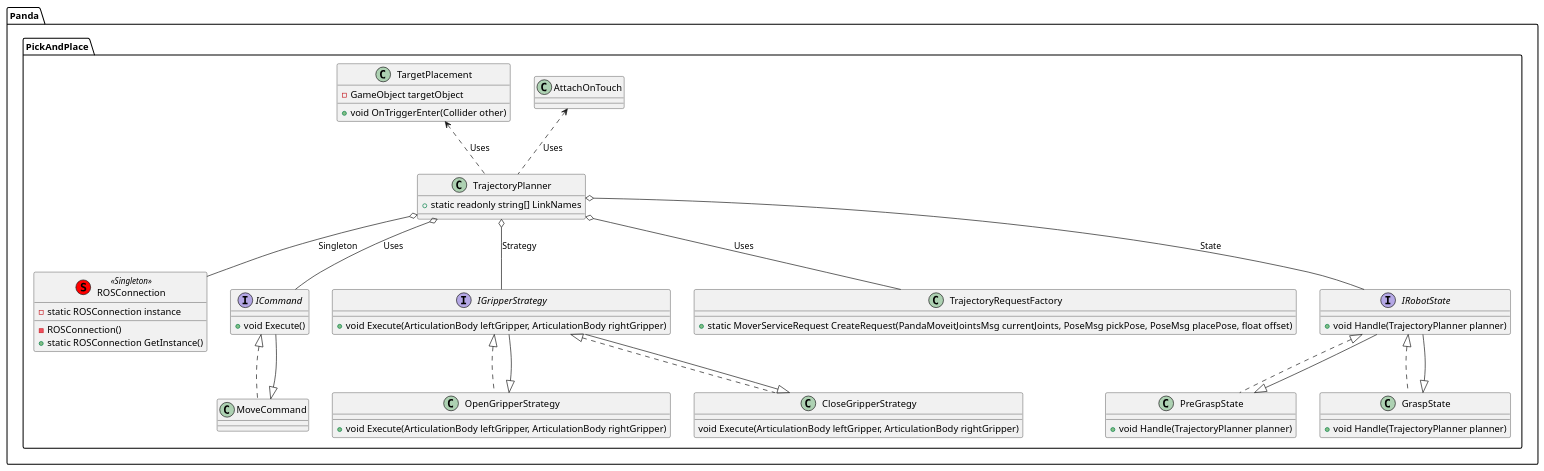
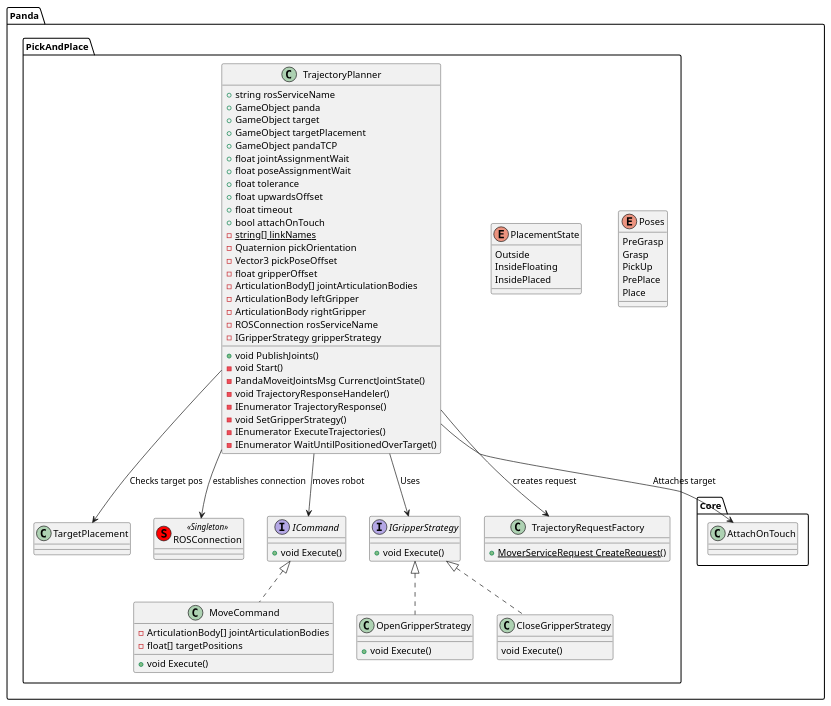
One commit to VincentMSchmitt/ROS-Unity-Panda changed the diagram in Unity/UnityTestProject/Assets/Scripts/03 PickAndPlace/UML_ClassDiagram.TrajectoryPlanner.wsd. Above: the diagram before and after it, drawn with PlantUML. The commit also changed 10 other files, not shown here.

Commit message:
update pick and place

```diff
--- a/Unity/UnityTestProject/Assets/Scripts/03 PickAndPlace/UML_ClassDiagram.TrajectoryPlanner.wsd
+++ b/Unity/UnityTestProject/Assets/Scripts/03 PickAndPlace/UML_ClassDiagram.TrajectoryPlanner.wsd
@@ -1,81 +1,105 @@
 @startuml TrajectoryPlanner
 
 ' Patterns used:
-' * Singelton für ROSConnection
-' * Observer für Ereignisbehandlung
-' * Command Pattern für Bewegungsbefehle
-' * Strategy Pattern für Greifoperationen
-' * Factory Pattern für Trajektorienanfragen
-' * State Pattern für Roboterzustände
+' * Singelton for ROSConnection
+' * Observer for Event handling
+' * Command Pattern for Movement commands
+' * Strategy Pattern for Gripping operations
+' * Factory Pattern for Trajectory requests
+' * State Pattern for Robot states
 
 
 namespace Panda.PickAndPlace {
-    class AttachOnTouch {
+    enum Poses {
+        PreGrasp
+        Grasp
+        PickUp
+        PrePlace
+        Place
+    }
+
+    enum PlacementState {
+        Outside
+        InsideFloating
+        InsidePlaced
+    }
+
+    class TrajectoryPlanner {
+        + string rosServiceName
+        + GameObject panda
+        + GameObject target
+        + GameObject targetPlacement
+        + GameObject pandaTCP
+        + float jointAssignmentWait
+        + float poseAssignmentWait
+        + float tolerance
+        + float upwardsOffset
+        + float timeout
+        + bool attachOnTouch
+        - {static} string[] linkNames
+        - Quaternion pickOrientation
+        - Vector3 pickPoseOffset
+        - float gripperOffset
+        - ArticulationBody[] jointArticulationBodies
+        - ArticulationBody leftGripper
+        - ArticulationBody rightGripper
+        - ROSConnection rosServiceName
+        - IGripperStrategy gripperStrategy
+        ' ---------------------------------------
+        + void PublishJoints()
+        - void Start()
+        - PandaMoveitJointsMsg CurrenctJointState()
+        - void TrajectoryResponseHandeler()
+        - IEnumerator TrajectoryResponse()
+        - void SetGripperStrategy()
+        - IEnumerator ExecuteTrajectories()
+        - IEnumerator WaitUntilPositionedOverTarget()
     }
 
     class TargetPlacement {
-        -GameObject targetObject
-        +void OnTriggerEnter(Collider other)
     }
 
     class ROSConnection  << (S,red) Singleton >> {
-        -static ROSConnection instance
-        -ROSConnection()
-        +static ROSConnection GetInstance()
-    }
-
-    class TrajectoryPlanner {
-        +static readonly string[] LinkNames
     }
 
     interface ICommand {
+        + void Execute()
+    }
+
+    interface IGripperStrategy {
         +void Execute()
     }
 
     class MoveCommand implements ICommand {
-
-    }
-
-    interface IGripperStrategy {
-        +void Execute(ArticulationBody leftGripper, ArticulationBody rightGripper)
+        - ArticulationBody[] jointArticulationBodies
+        - float[] targetPositions
+        ' ---------------------------------------
+        + void Execute()
     }
 
     class OpenGripperStrategy implements IGripperStrategy {
-        +void Execute(ArticulationBody leftGripper, ArticulationBody rightGripper)
+        +void Execute()
     }
 
     class CloseGripperStrategy implements IGripperStrategy {
-        void Execute(ArticulationBody leftGripper, ArticulationBody rightGripper)
+        void Execute()
     }
 
     class TrajectoryRequestFactory {
-        +static MoverServiceRequest CreateRequest(PandaMoveitJointsMsg currentJoints, PoseMsg pickPose, PoseMsg placePose, float offset)
+        + {static} MoverServiceRequest CreateRequest()
     }
-
-    interface IRobotState {
-        +void Handle(TrajectoryPlanner planner)
-    }
-
-    class PreGraspState implements IRobotState {
-        +void Handle(TrajectoryPlanner planner)
-    }
-
-    class GraspState implements IRobotState {
-        +void Handle(TrajectoryPlanner planner)
-    }
-
-    AttachOnTouch <.. TrajectoryPlanner : Uses
-    TargetPlacement <.. TrajectoryPlanner : Uses
-    TrajectoryPlanner o-- ROSConnection : Singleton
-    TrajectoryPlanner o-- ICommand : Uses
-    TrajectoryPlanner o-- IGripperStrategy : Strategy
-    TrajectoryPlanner o-- IRobotState : State
-    MoveCommand <|-- ICommand
-    OpenGripperStrategy <|-- IGripperStrategy
-    CloseGripperStrategy <|-- IGripperStrategy
-    PreGraspState <|-- IRobotState
-    GraspState <|-- IRobotState
-    TrajectoryPlanner o-- TrajectoryRequestFactory : Uses
 }
 
+namespace Panda.Core {
+    class AttachOnTouch {
+    }
+}
+
+TrajectoryPlanner --> ROSConnection : establishes connection
+TrajectoryPlanner --> AttachOnTouch : Attaches target
+TrajectoryPlanner --> TargetPlacement : Checks target pos
+TrajectoryPlanner --> ICommand : moves robot
+TrajectoryPlanner --> IGripperStrategy : Uses
+TrajectoryPlanner --> TrajectoryRequestFactory : creates request
+
 @enduml
```
